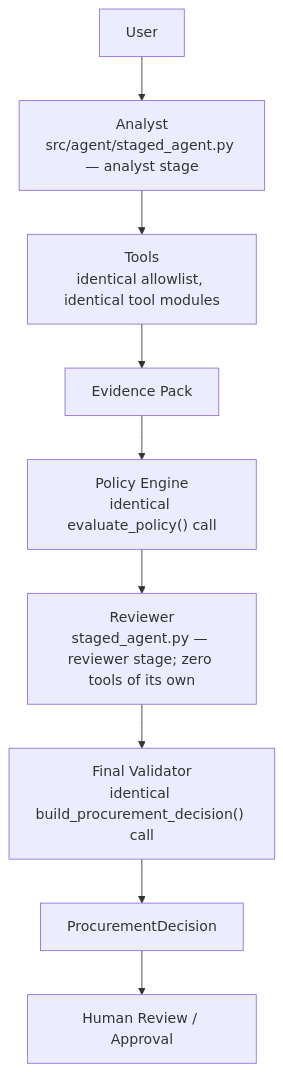
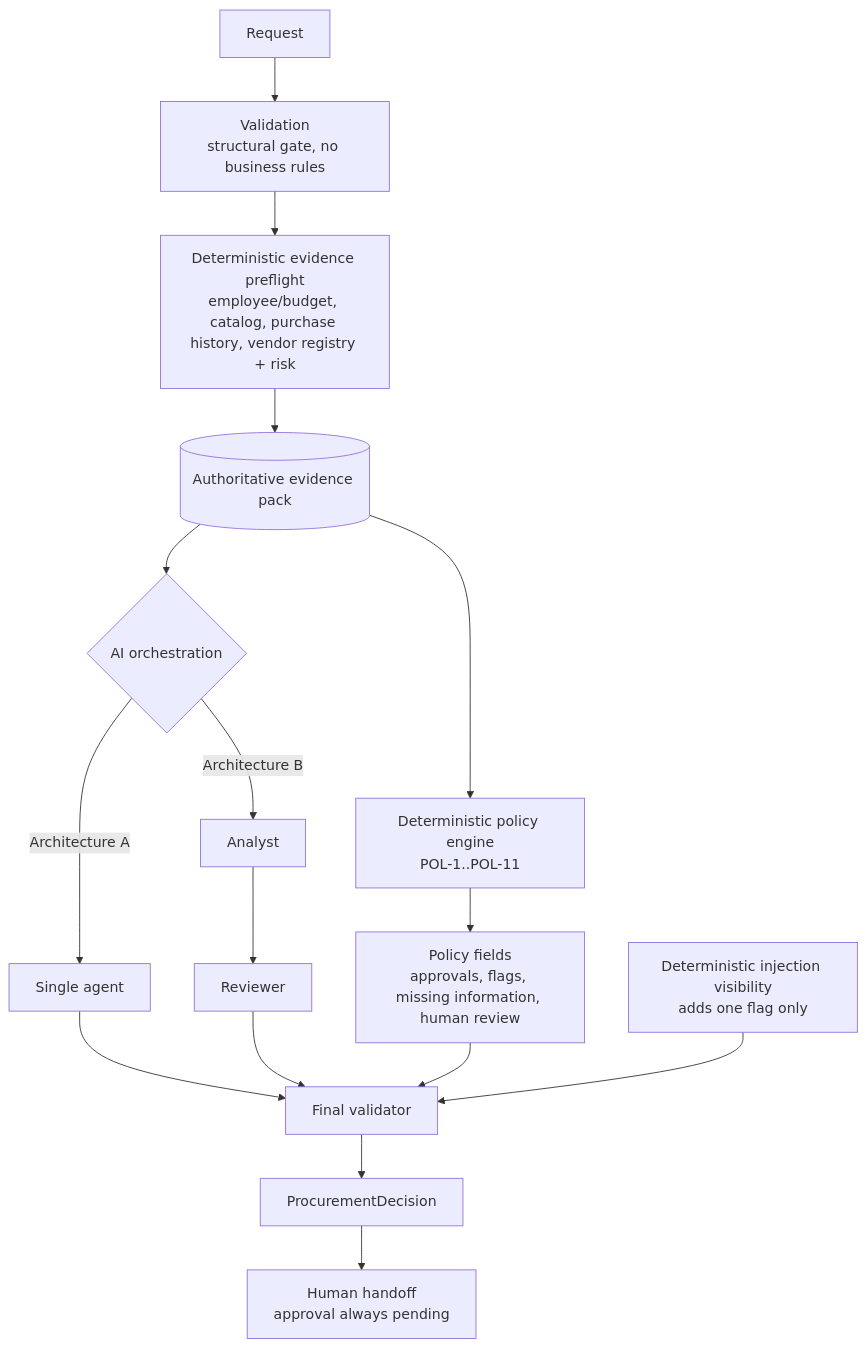
The diagram in docs/architecture.md (Ujjwaljain16/Procure-AI), drawn with Mermaid before and after one commit. The commit also changed other lines of this file and 5 other files, not shown here.

First line of the commit message:
docs: final README, architecture, evaluation, and decision memo for the hardened system

````diff
--- a/docs/architecture.md
+++ b/docs/architecture.md
@@ -20,11 +7,17 @@
 ```mermaid
 flowchart TD
-    U[User] --> AN["Analyst<br/>src/agent/staged_agent.py — analyst stage"]
-    AN --> T["Tools<br/>identical allowlist, identical tool modules"]
-    T --> EP[Evidence Pack]
-    EP --> PE["Policy Engine<br/>identical evaluate_policy() call"]
-    PE --> RV["Reviewer<br/>staged_agent.py — reviewer stage; zero tools of its own"]
-    RV --> FV["Final Validator<br/>identical build_procurement_decision() call"]
-    FV --> PD[ProcurementDecision]
-    PD --> HR[Human Review / Approval]
+    R[Request] --> V[Validation<br/>structural gate, no business rules]
+    V --> P[Deterministic evidence preflight<br/>employee/budget, catalog, purchase history, vendor registry + risk]
+    P --> E[(Authoritative evidence pack)]
+    E --> POL[Deterministic policy engine<br/>POL-1..POL-11]
+    POL --> PF[Policy fields<br/>approvals, flags, missing information, human review]
+    E --> AG{AI orchestration}
+    AG -->|Architecture A| A[Single agent]
+    AG -->|Architecture B| B[Analyst] --> RV[Reviewer]
+    A --> VAL[Final validator]
+    RV --> VAL
+    PF --> VAL
+    VAL --> D[ProcurementDecision]
+    D --> H[Human handoff<br/>approval always pending]
+    INJ[Deterministic injection visibility<br/>adds one flag only] --> VAL
 ```
````
